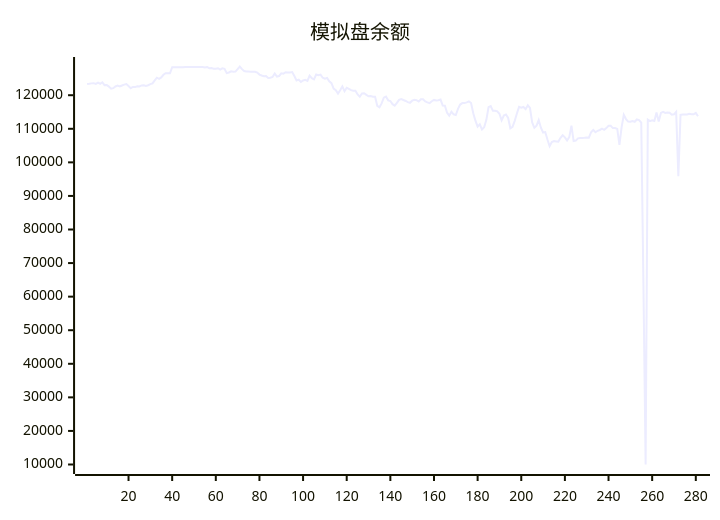
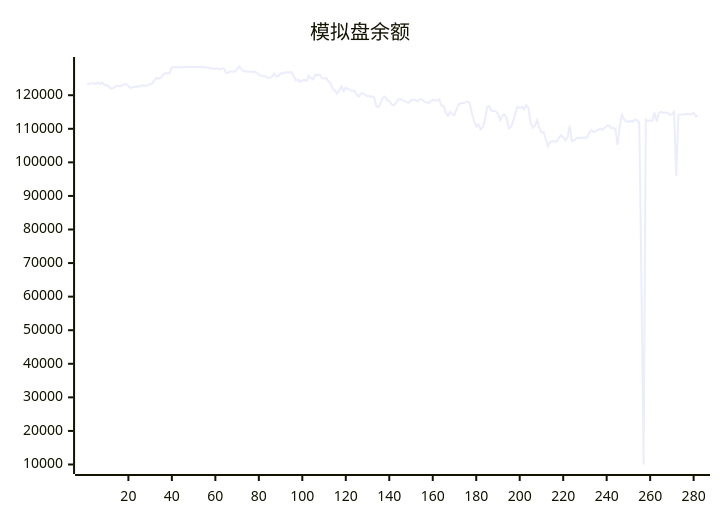
Before and after one commit to aahl/ai-trading: the diagram in README.md, drawn with Mermaid. The commit also changed other lines of this file and 1 other file, not shown here.

Commit message:
📈 Auto Trading Result

````diff
--- a/README.md
+++ b/README.md
@@ -5,5 +5,5 @@
 ```mermaid
 xychart
     title "模拟盘余额"
-    line [123338,123402,123530,123592,123378,123745,123413,123853,123009,123040,122557,121938,122095,122599,122856,122597,122898,123160,123319,122719,122087,122454,122416,122685,122592,122907,122961,122776,122981,123295,123507,124403,125224,124894,125303,126088,126544,126534,126549,128335,128318,128318,128318,128318,128318,128424,128424,128424,128424,128424,128424,128424,128424,128424,128247,128412,128062,128087,127917,127901,128026,127611,128000,127850,126572,126770,127100,126971,127029,127783,128554,127765,127224,127064,127044,127009,127025,127004,126738,126152,125871,125635,125707,125117,125217,125420,126480,125545,125715,126511,126424,126856,126764,126788,126890,125710,124381,124632,123936,124402,124574,124256,125833,125070,124739,126154,125966,126145,125213,124943,125143,124157,123604,121959,121476,120476,121470,122610,121201,122221,121889,121522,121332,121344,120232,119559,120513,120577,120108,119680,119777,119572,119568,116839,116392,117573,119250,119585,118469,118277,117338,116897,117706,118628,118849,118579,118280,117926,117735,118373,118639,118544,118136,118798,118819,118162,117874,117649,118215,118601,118463,118517,118713,116911,116899,114798,113887,115084,114313,114091,115934,117221,117658,117658,117883,118164,117693,114632,112403,110644,111313,109777,110444,112673,116419,116772,115355,115355,115198,114476,112510,113954,114276,113223,110151,110561,112361,114562,116522,116265,116500,115845,117000,116199,111887,110306,110942,112588,110318,108891,109011,106814,104811,106038,106327,106201,106180,107315,108068,107463,106528,107530,110941,106346,106482,107161,107268,107270,107302,107426,107340,108985,109681,108962,109404,109645,110030,109680,110214,110918,110897,110215,110212,109962,105235,110525,114151,112895,112137,112083,112329,112094,112784,112613,111829,63445,10000,112734,112268,112496,112313,114832,112156,114730,115058,114728,114866,114804,114208,114302,115037,95891,114128,114227,114228,114267,114494,114335,114299,114745,113746]
+    line [123338,123402,123530,123592,123378,123745,123413,123853,123009,123040,122557,121938,122095,122599,122856,122597,122898,123160,123319,122719,122087,122454,122416,122685,122592,122907,122961,122776,122981,123295,123507,124403,125224,124894,125303,126088,126544,126534,126549,128335,128318,128318,128318,128318,128318,128424,128424,128424,128424,128424,128424,128424,128424,128424,128247,128412,128062,128087,127917,127901,128026,127611,128000,127850,126572,126770,127100,126971,127029,127783,128554,127765,127224,127064,127044,127009,127025,127004,126738,126152,125871,125635,125707,125117,125217,125420,126480,125545,125715,126511,126424,126856,126764,126788,126890,125710,124381,124632,123936,124402,124574,124256,125833,125070,124739,126154,125966,126145,125213,124943,125143,124157,123604,121959,121476,120476,121470,122610,121201,122221,121889,121522,121332,121344,120232,119559,120513,120577,120108,119680,119777,119572,119568,116839,116392,117573,119250,119585,118469,118277,117338,116897,117706,118628,118849,118579,118280,117926,117735,118373,118639,118544,118136,118798,118819,118162,117874,117649,118215,118601,118463,118517,118713,116911,116899,114798,113887,115084,114313,114091,115934,117221,117658,117658,117883,118164,117693,114632,112403,110644,111313,109777,110444,112673,116419,116772,115355,115355,115198,114476,112510,113954,114276,113223,110151,110561,112361,114562,116522,116265,116500,115845,117000,116199,111887,110306,110942,112588,110318,108891,109011,106814,104811,106038,106327,106201,106180,107315,108068,107463,106528,107530,110941,106346,106482,107161,107268,107270,107302,107426,107340,108985,109681,108962,109404,109645,110030,109680,110214,110918,110897,110215,110212,109962,105235,110525,114151,112895,112137,112083,112329,112094,112784,112613,111829,63445,10000,112734,112268,112496,112313,114832,112156,114730,115058,114728,114866,114804,114208,114302,115037,95891,114128,114227,114228,114267,114494,114335,114299,114745,113746,113859]
 ```
````
